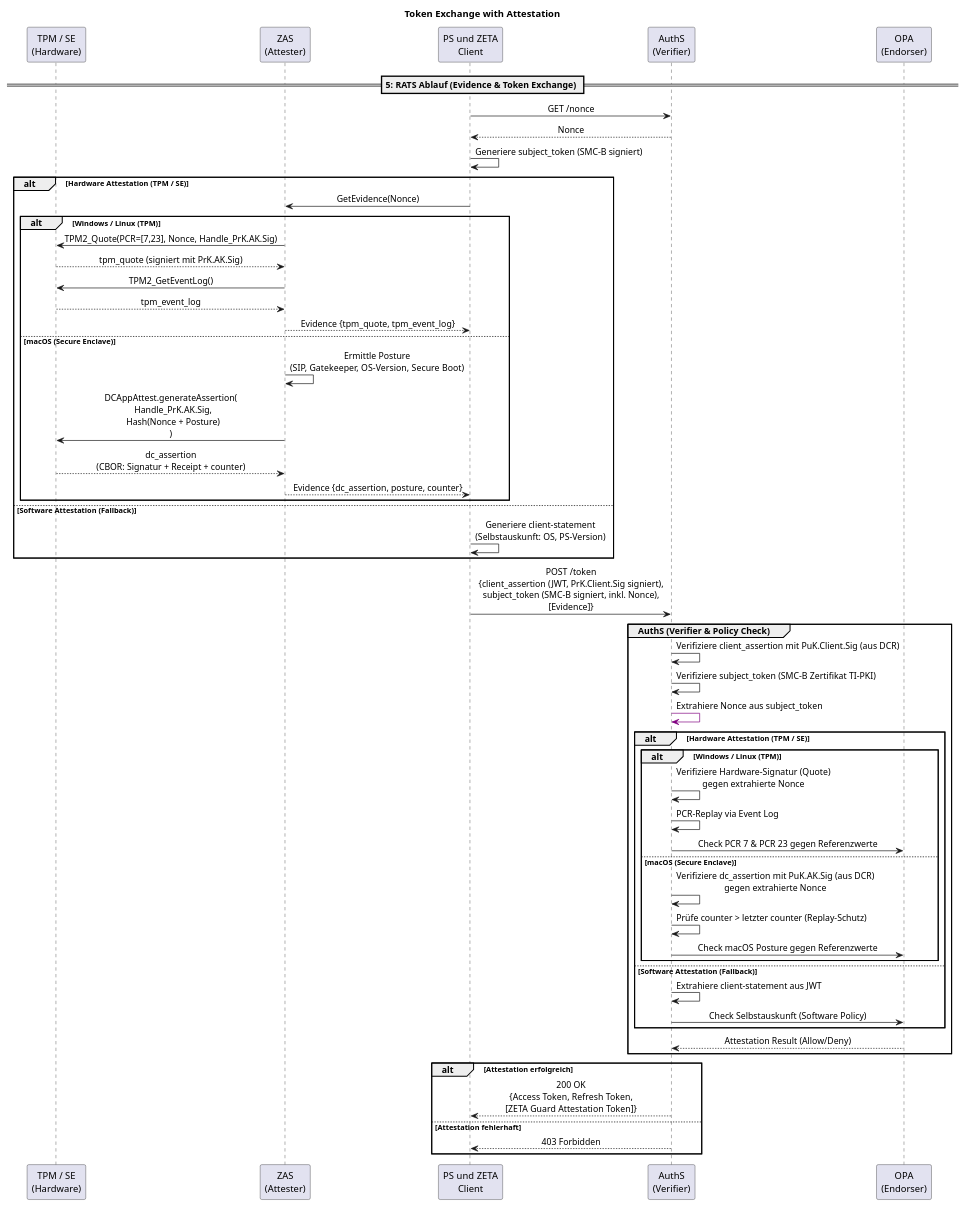
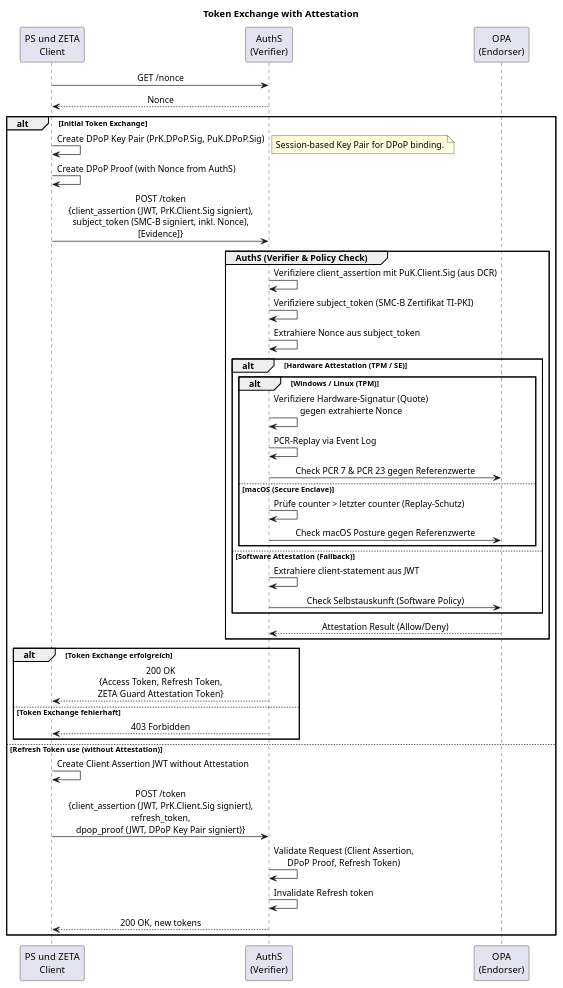
One commit to gematik/zeta changed the diagram in src/plantuml/tmp/attestation-flows/token-exchange-with-attestation.puml. Above: the diagram before and after it, drawn with PlantUML. The commit also changed 3 other files, not shown here.

Commit message:
refactor: update token exchange protocol, add evidence collection flow, and revise contributing guidelines

```diff
--- a/src/plantuml/tmp/attestation-flows/token-exchange-with-attestation.puml
+++ b/src/plantuml/tmp/attestation-flows/token-exchange-with-attestation.puml
@@ -1,66 +1,55 @@
 @startuml "token-exchange-with-attestation"
 skinparam sequenceMessageAlign center
 title Token Exchange with Attestation
 
-participant "TPM / SE\n(Hardware)" as TPM
-participant "ZAS\n(Attester)" as ZAS
 participant "PS und ZETA\nClient" as Client
 participant "AuthS\n(Verifier)" as AuthS
 participant "OPA\n(Endorser)" as OPA
 
-== 5: RATS Ablauf (Evidence & Token Exchange) ==
 Client -> AuthS: GET /nonce
 AuthS --> Client: Nonce
 
-Client -> Client: Generiere subject_token (SMC-B signiert)
+alt Initial Token Exchange
+    Client -> Client : Create DPoP Key Pair (PrK.DPoP.Sig, PuK.DPoP.Sig)
+    note right: Session-based Key Pair for DPoP binding.
 
-alt Hardware Attestation (TPM / SE)
-    Client -> ZAS: GetEvidence(Nonce)
-    alt Windows / Linux (TPM)
-        ZAS -> TPM: TPM2_Quote(PCR=[7,23], Nonce, Handle_PrK.AK.Sig)
-        TPM --> ZAS: tpm_quote (signiert mit PrK.AK.Sig)
-        ZAS -> TPM: TPM2_GetEventLog()
-        TPM --> ZAS: tpm_event_log
-        ZAS --> Client: Evidence {tpm_quote, tpm_event_log}
-    else macOS (Secure Enclave)
-        ZAS -> ZAS: Ermittle Posture\n(SIP, Gatekeeper, OS-Version, Secure Boot)
-        ZAS -> TPM: DCAppAttest.generateAssertion(\n  Handle_PrK.AK.Sig,\n  Hash(Nonce + Posture)\n)
-        TPM --> ZAS: dc_assertion\n(CBOR: Signatur + Receipt + counter)
-        ZAS --> Client: Evidence {dc_assertion, posture, counter}
-    end
-else Software Attestation (Fallback)
-    Client -> Client: Generiere client-statement\n(Selbstauskunft: OS, PS-Version)
-end
+    Client -> Client : Create DPoP Proof (with Nonce from AuthS)
+    Client -> AuthS: POST /token\n{client_assertion (JWT, PrK.Client.Sig signiert),\nsubject_token (SMC-B signiert, inkl. Nonce),\n[Evidence]}
 
-Client -> AuthS: POST /token\n{client_assertion (JWT, PrK.Client.Sig signiert),\nsubject_token (SMC-B signiert, inkl. Nonce),\n[Evidence]}
-
-group AuthS (Verifier & Policy Check)
-    AuthS -> AuthS: Verifiziere client_assertion mit PuK.Client.Sig (aus DCR)
-    AuthS -> AuthS: Verifiziere subject_token (SMC-B Zertifikat TI-PKI)
-    AuthS -[#purple]> AuthS: Extrahiere Nonce aus subject_token
-    
-    alt Hardware Attestation (TPM / SE)
-        alt Windows / Linux (TPM)
-            AuthS -> AuthS: Verifiziere Hardware-Signatur (Quote)\ngegen extrahierte Nonce
-            AuthS -> AuthS: PCR-Replay via Event Log
-            AuthS -> OPA: Check PCR 7 & PCR 23 gegen Referenzwerte
-        else macOS (Secure Enclave)
-            AuthS -> AuthS: Verifiziere dc_assertion mit PuK.AK.Sig (aus DCR)\ngegen extrahierte Nonce
-            AuthS -> AuthS: Prüfe counter > letzter counter (Replay-Schutz)
-            AuthS -> OPA: Check macOS Posture gegen Referenzwerte
+    group AuthS (Verifier & Policy Check)
+        AuthS -> AuthS: Verifiziere client_assertion mit PuK.Client.Sig (aus DCR)
+        AuthS -> AuthS: Verifiziere subject_token (SMC-B Zertifikat TI-PKI)
+        AuthS -> AuthS: Extrahiere Nonce aus subject_token
+        
+        alt Hardware Attestation (TPM / SE)
+            alt Windows / Linux (TPM)
+                AuthS -> AuthS: Verifiziere Hardware-Signatur (Quote)\ngegen extrahierte Nonce
+                AuthS -> AuthS: PCR-Replay via Event Log
+                AuthS -> OPA: Check PCR 7 & PCR 23 gegen Referenzwerte
+            else macOS (Secure Enclave)
+                AuthS -> AuthS: Prüfe counter > letzter counter (Replay-Schutz)
+                AuthS -> OPA: Check macOS Posture gegen Referenzwerte
+            end
+            
+        else Software Attestation (Fallback)
+            AuthS -> AuthS: Extrahiere client-statement aus JWT
+            AuthS -> OPA: Check Selbstauskunft (Software Policy)
         end
         
-    else Software Attestation (Fallback)
-        AuthS -> AuthS: Extrahiere client-statement aus JWT
-        AuthS -> OPA: Check Selbstauskunft (Software Policy)
+        OPA --> AuthS: Attestation Result (Allow/Deny)
     end
-    
-    OPA --> AuthS: Attestation Result (Allow/Deny)
-end
 
-alt Attestation erfolgreich
-    AuthS --> Client: 200 OK\n{Access Token, Refresh Token,\n[ZETA Guard Attestation Token]}
-else Attestation fehlerhaft
-    AuthS --> Client: 403 Forbidden
+    alt Token Exchange erfolgreich
+        AuthS --> Client: 200 OK\n{Access Token, Refresh Token,\nZETA Guard Attestation Token}
+    else Token Exchange fehlerhaft
+        AuthS --> Client: 403 Forbidden
+    end
+
+else Refresh Token use (without Attestation)
+    Client -> Client : Create Client Assertion JWT without Attestation
+    Client -> AuthS: POST /token\n{client_assertion (JWT, PrK.Client.Sig signiert),\nrefresh_token,\ndpop_proof (JWT, DPoP Key Pair signiert)}
+    AuthS -> AuthS : Validate Request (Client Assertion,\nDPoP Proof, Refresh Token)
+    AuthS -> AuthS: Invalidate Refresh token
+    AuthS --> Client: 200 OK, new tokens
 end
 @enduml
```
